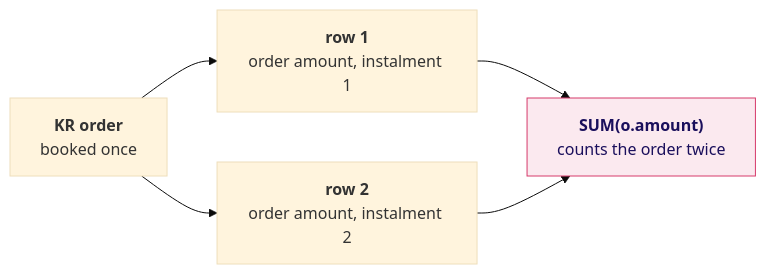
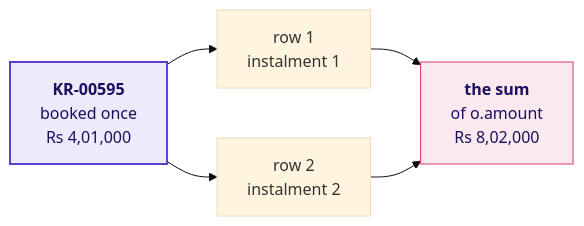
Before and after one commit to fde-academy-lab/c2-content-factory: the ninth of 25 diagrams in content/W02/D2/slides/C2_W02_D02_half1_STUDENT.md, drawn with Mermaid (base theme). The commit also changed other lines of this file and 11 other files, not shown here.

````diff
--- a/content/W02/D2/slides/C2_W02_D02_half1_STUDENT.md
+++ b/content/W02/D2/slides/C2_W02_D02_half1_STUDENT.md
@@ -370,9 +721,11 @@
 ```mermaid
 flowchart LR
-    O["<b>KR order</b><br/>booked once"] --> R1["<b>row 1</b><br/>order amount, instalment 1"]
-    O --> R2["<b>row 2</b><br/>order amount, instalment 2"]
-    R1 --> S["<b>SUM(o.amount)</b><br/>counts the order twice"]
+    K["<b>KR-00595</b><br/>booked once<br/>Rs 4,01,000"] --> R1["row 1<br/>instalment 1"]
+    K --> R2["row 2<br/>instalment 2"]
+    R1 --> S["<b>the sum</b><br/>of o.amount<br/>Rs 8,02,000"]
     R2 --> S
+    classDef known fill:#EEEAFB,stroke:#5B3FD6,color:#1A0F5C,stroke-width:2px
     classDef bad fill:#FBE9EF,stroke:#D63A6A,color:#1A0F5C
+    class K known
     class S bad
 ```
````
